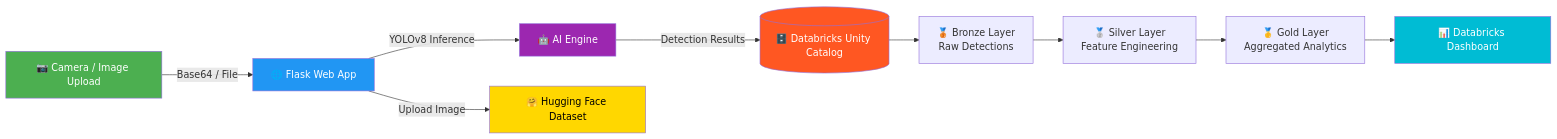
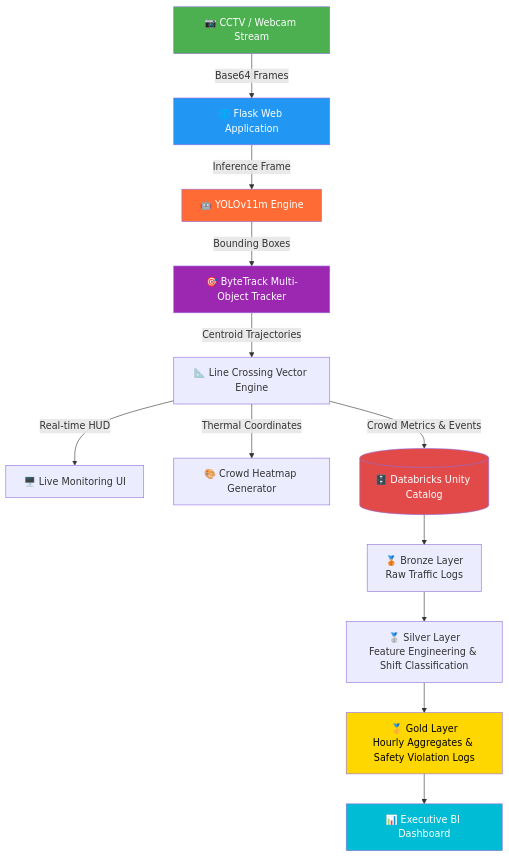
The diagram in README.md (MinHung1411/smartcrowd-visionai), drawn with Mermaid before and after one commit. The commit also changed other lines of this file and 11 other files, not shown here.

Commit message:
feat: integrate YOLOv11m CrowdHuman tracking, bi-directional line counting, heatmap, and Databricks crowd schemas

````diff
--- a/README.md
+++ b/README.md
@@ -62,19 +64,25 @@
 ```mermaid
-graph LR
-    A[📷 Camera / Image Upload] -->|Base64 / File| B[🌐 Flask Web App]
-    B -->|YOLOv8 Inference| C[🤖 AI Engine]
-    C -->|Detection Results| D[(🗄️ Databricks Unity Catalog)]
-    B -->|Upload Image| E[🤗 Hugging Face Dataset]
-
-    D --> F[🥉 Bronze Layer<br/>Raw Detections]
-    F --> G[🥈 Silver Layer<br/>Feature Engineering]
-    G --> H[🥇 Gold Layer<br/>Aggregated Analytics]
-    H --> I[📊 Databricks Dashboard]
+graph TD
+    A[📷 CCTV / Webcam Stream] -->|Base64 Frames| B[🌐 Flask Web Application]
+    B -->|Inference Frame| C[🤖 YOLOv11m Engine]
+    C -->|Bounding Boxes| D[🎯 ByteTrack Multi-Object Tracker]
+    D -->|Centroid Trajectories| E[📐 Line Crossing Vector Engine]
+    
+    E -->|Real-time HUD| F[🖥️ Live Monitoring UI]
+    E -->|Thermal Coordinates| G[🎨 Crowd Heatmap Generator]
+    
+    E -->|Crowd Metrics & Events| H[(🗄️ Databricks Unity Catalog)]
+    
+    H --> I[🥉 Bronze Layer<br/>Raw Traffic Logs]
+    I --> J[🥈 Silver Layer<br/>Feature Engineering & Shift Classification]
+    J --> K[🥇 Gold Layer<br/>Hourly Aggregates & Safety Violation Logs]
+    K --> L[📊 Executive BI Dashboard]
 
     style A fill:#4CAF50,color:#fff
     style B fill:#2196F3,color:#fff
-    style C fill:#9C27B0,color:#fff
-    style D fill:#FF5722,color:#fff
-    style E fill:#FFD700,color:#000
-    style I fill:#00BCD4,color:#fff
+    style C fill:#FF6B35,color:#fff
+    style D fill:#9C27B0,color:#fff
+    style H fill:#E24A4A,color:#fff
+    style K fill:#FFD700,color:#000
+    style L fill:#00BCD4,color:#fff
 ```
````
